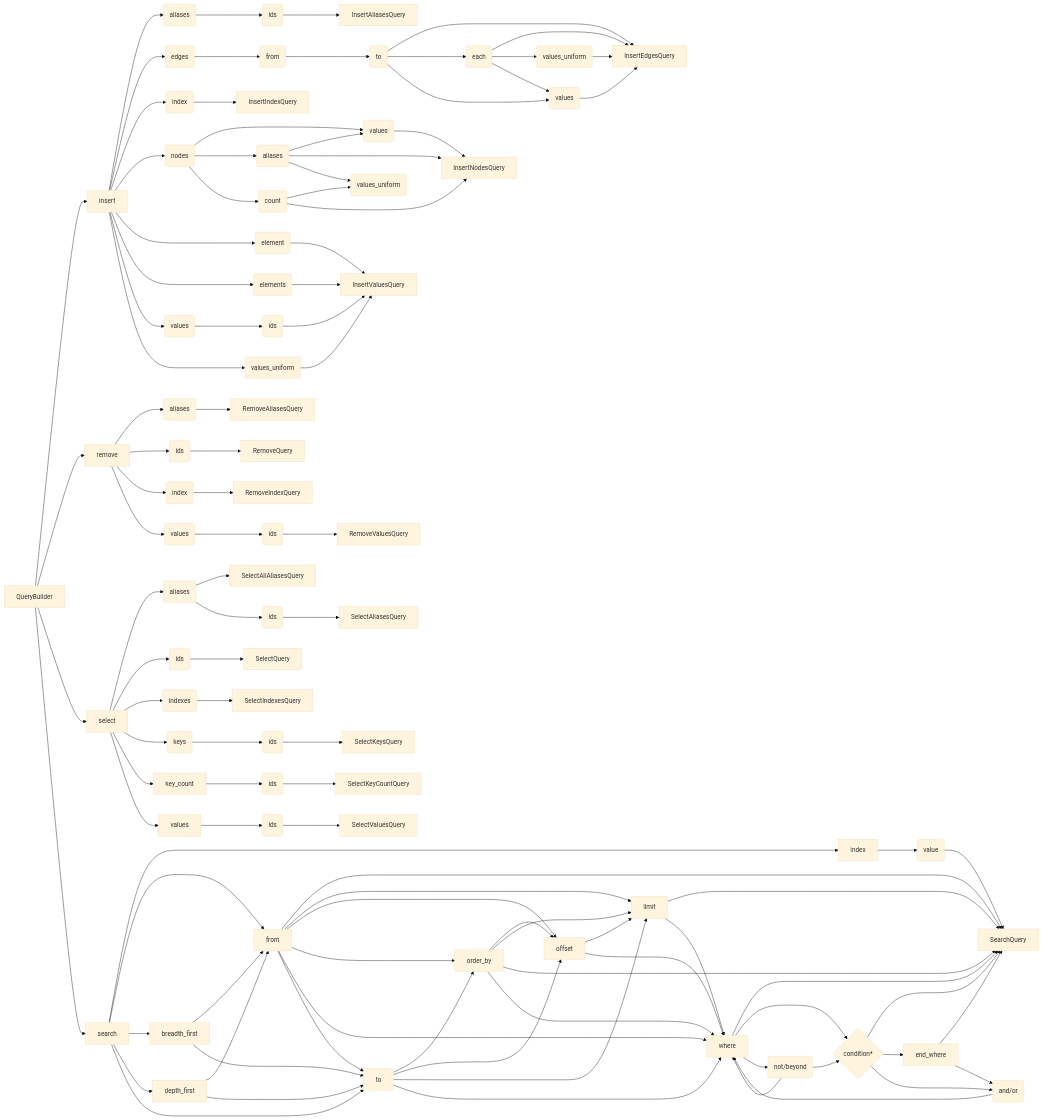
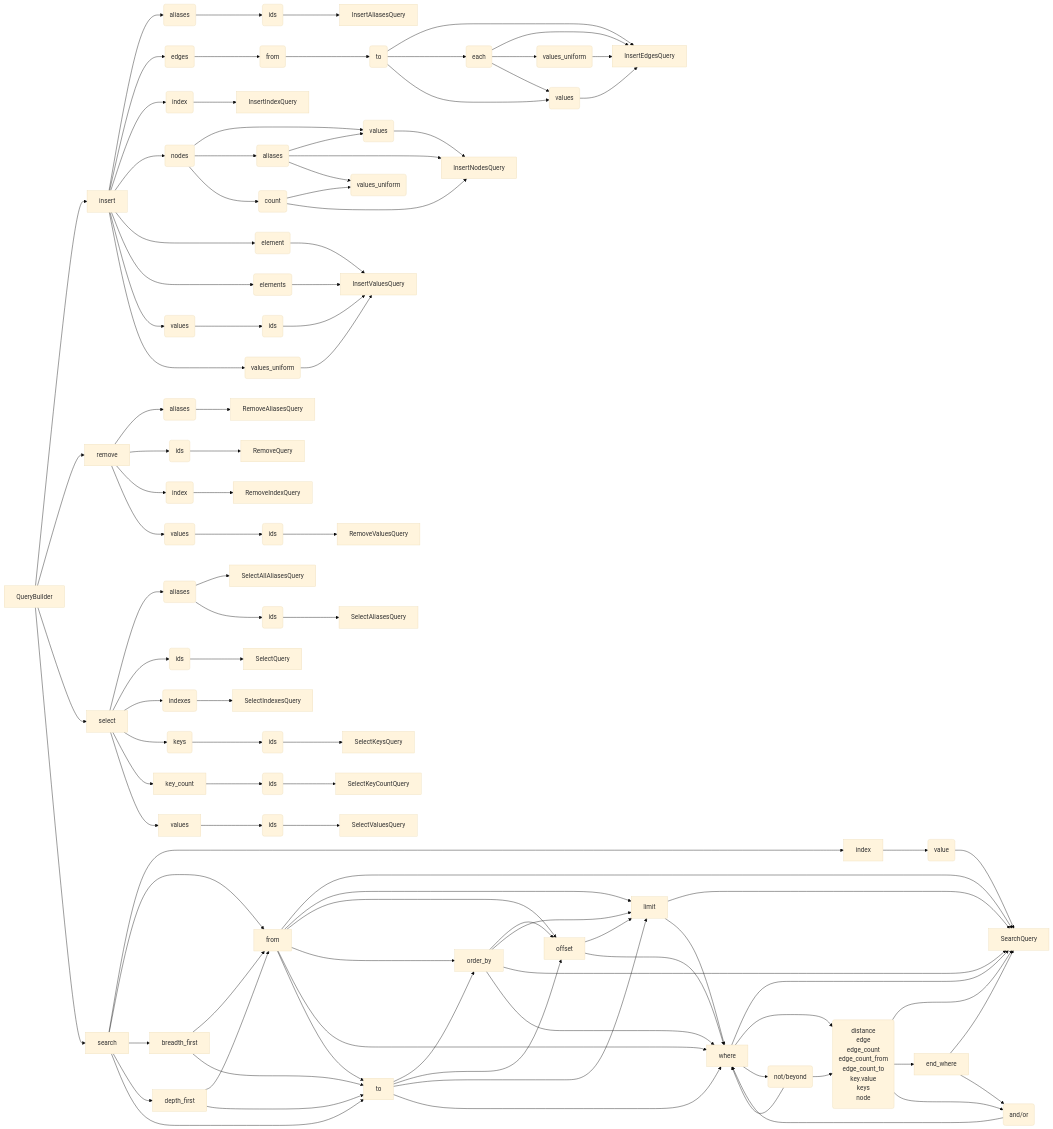
Before and after one commit to agnesoft/agdb: the diagram in docs/queries.md, drawn with Mermaid (base theme). The commit also changed other lines of this file, not shown here.

````diff
--- a/docs/queries.md
+++ b/docs/queries.md
@@ -3,77 +3,78 @@
 ```mermaid
 flowchart LR
 
     QueryBuilder --> insert
     QueryBuilder --> remove
     QueryBuilder --> select
     QueryBuilder --> search
 
     insert --> i_aliases("aliases") --> i_a_ids("ids") --> InsertAliasesQuery
     insert --> i_edges("edges") --> i_e_from("from") --> i_e_to("to") --> InsertEdgesQuery
     i_e_to --> each("each") --> InsertEdgesQuery
     i_e_to --> i_e_values("values")
     each --> i_e_values_uniform("values_uniform") --> InsertEdgesQuery
     each --> i_e_values("values") --> InsertEdgesQuery
     insert --> i_index("index") --> InsertIndexQuery
     insert --> i_nodes("nodes")   
     i_nodes --> i_n_values("values") --> InsertNodesQuery   
     i_nodes --> i_n_aliases("aliases")
     i_n_count --> i_n_values_uniform("values_uniform")
     i_n_aliases --> i_n_values
     i_n_aliases --> InsertNodesQuery
     i_n_aliases --> i_n_values_uniform
     i_nodes --> i_n_count("count") --> InsertNodesQuery
     insert --> i_element("element") --> InsertValuesQuery
     insert --> i_elements("elements") --> InsertValuesQuery
     insert --> i_values("values")
     i_values --> i_v_ids("ids") --> InsertValuesQuery
     insert --> i_values_uniform("values_uniform") --> InsertValuesQuery
 
     remove --> r_aliases("aliases") --> RemoveAliasesQuery
     remove --> r_ids("ids") --> RemoveQuery
     remove --> r_index("index") --> RemoveIndexQuery
     remove --> r_values("values") --> r_v_ids("ids") --> RemoveValuesQuery
 
     select --> s_aliases("aliases") --> SelectAllAliasesQuery
     s_aliases --> s_a_ids("ids") --> SelectAliasesQuery
     select --> s_ids("ids") --> SelectQuery
     select --> s_indexes("indexes") --> SelectIndexesQuery
     select --> s_keys("keys") --> s_k_ids("ids") --> SelectKeysQuery
     select --> key_count --> s_k_c_ids("ids") --> SelectKeyCountQuery
     select --> values --> s_v_ids("ids") --> SelectValuesQuery
 
     search --> index --> s_i_value("value") --> SearchQuery
     search --> from --> SearchQuery
     from --> limit --> SearchQuery
     from --> offset
     offset --> limit
     from --> order_by
     order_by --> offset
     order_by --> limit
     order_by --> SearchQuery
     from --> where --> SearchQuery
     from --> to
     to --> order_by
     to --> offset
     to --> limit
     search --> breadth_first --> from
     search --> depth_first --> from
     search --> to
     depth_first --> to
     breadth_first --> to
     to --> where
     order_by --> where
     offset --> where
     limit --> where
 
     condition --> SearchQuery
     end_where --> SearchQuery
     where --> condition
     modifier --> where
     condition --> end_where
     end_where --> logic
     where --> modifier("not/beyond")
-    modifier --> condition{"condition*"}
+    modifier --> condition("distance<br/>edge<br/>edge_count<br/>edge_count_from<br/>edge_count_to<br/>key.value<br/>keys<br/>node")
     condition --> logic("and/or")
     logic --> where
+
 ```
````
